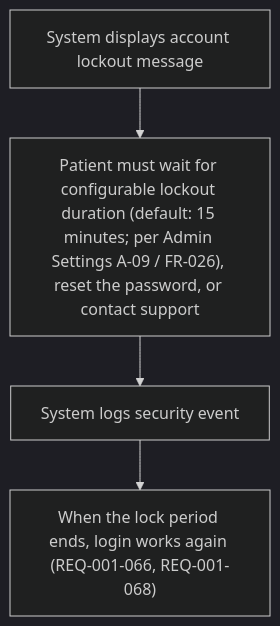
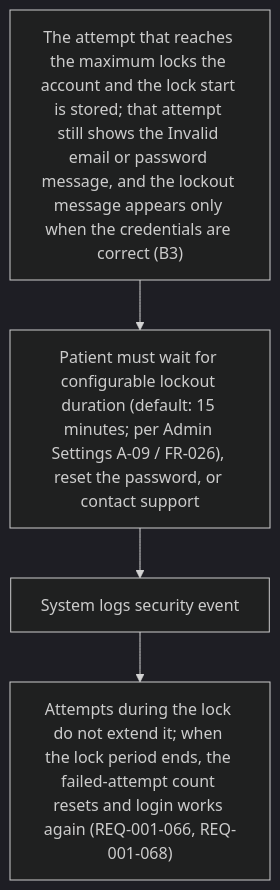
The seventh of 15 diagrams in project-requirements/functional-requirements/fr001-patient-authentication/prd.md (joachimtrungtuan/hairline-pm-docs), drawn with Mermaid (dark theme) before and after one commit. The commit also changed other lines of this file and 5 other files, not shown here.

Commit message:
docs(fr001): apply logic review pass 2 fixes to PRD and graph

````diff
--- a/project-requirements/functional-requirements/fr001-patient-authentication/prd.md
+++ b/project-requirements/functional-requirements/fr001-patient-authentication/prd.md
@@ -203,6 +203,6 @@
 ```mermaid
 flowchart TD
-  W2B2_1["System displays account lockout message"] --> W2B2_2["Patient must wait for configurable lockout duration (default: 15 minutes; per Admin Settings A-09 / FR-026), reset the password, or contact support"]
+  W2B2_1["The attempt that reaches the maximum locks the account and the lock start is stored; that attempt still shows the Invalid email or password message, and the lockout message appears only when the credentials are correct (B3)"] --> W2B2_2["Patient must wait for configurable lockout duration (default: 15 minutes; per Admin Settings A-09 / FR-026), reset the password, or contact support"]
   W2B2_2 --> W2B2_3["System logs security event"]
-  W2B2_3 --> W2B2_4["When the lock period ends, login works again (REQ-001-066, REQ-001-068)"]
+  W2B2_3 --> W2B2_4["Attempts during the lock do not extend it; when the lock period ends, the failed-attempt count resets and login works again (REQ-001-066, REQ-001-068)"]
 ```
````
